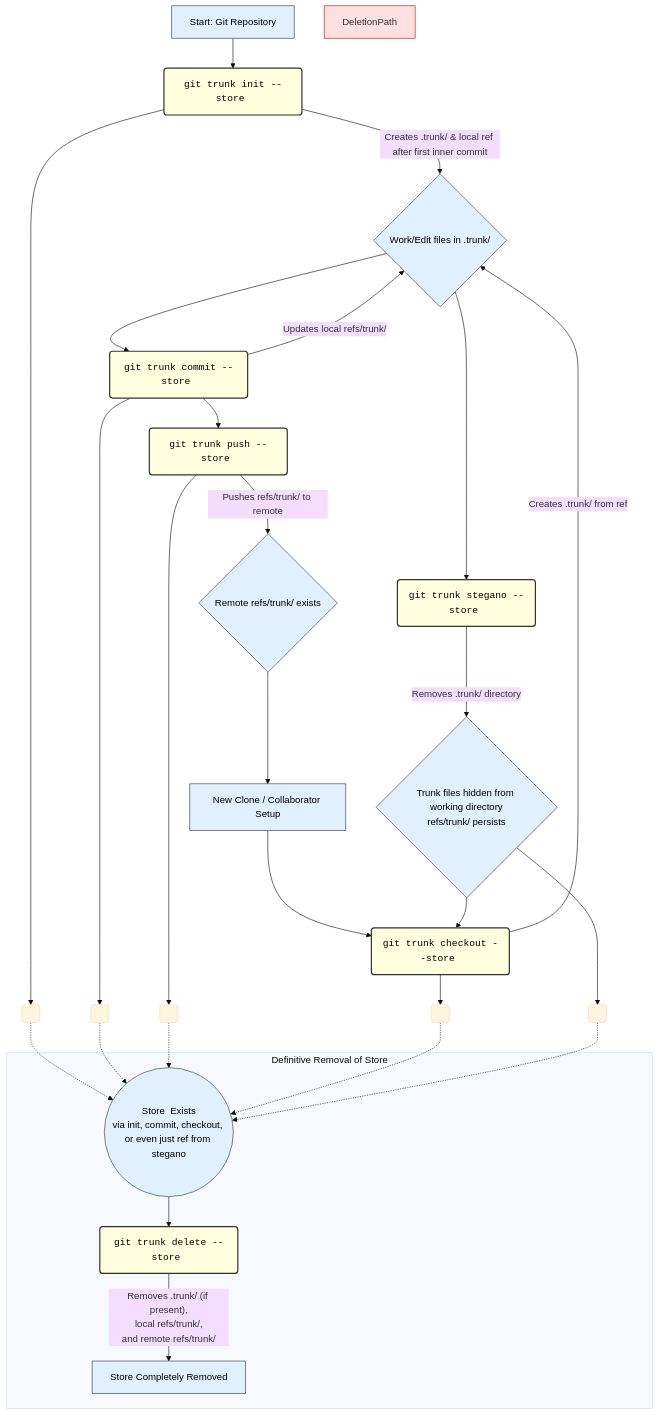
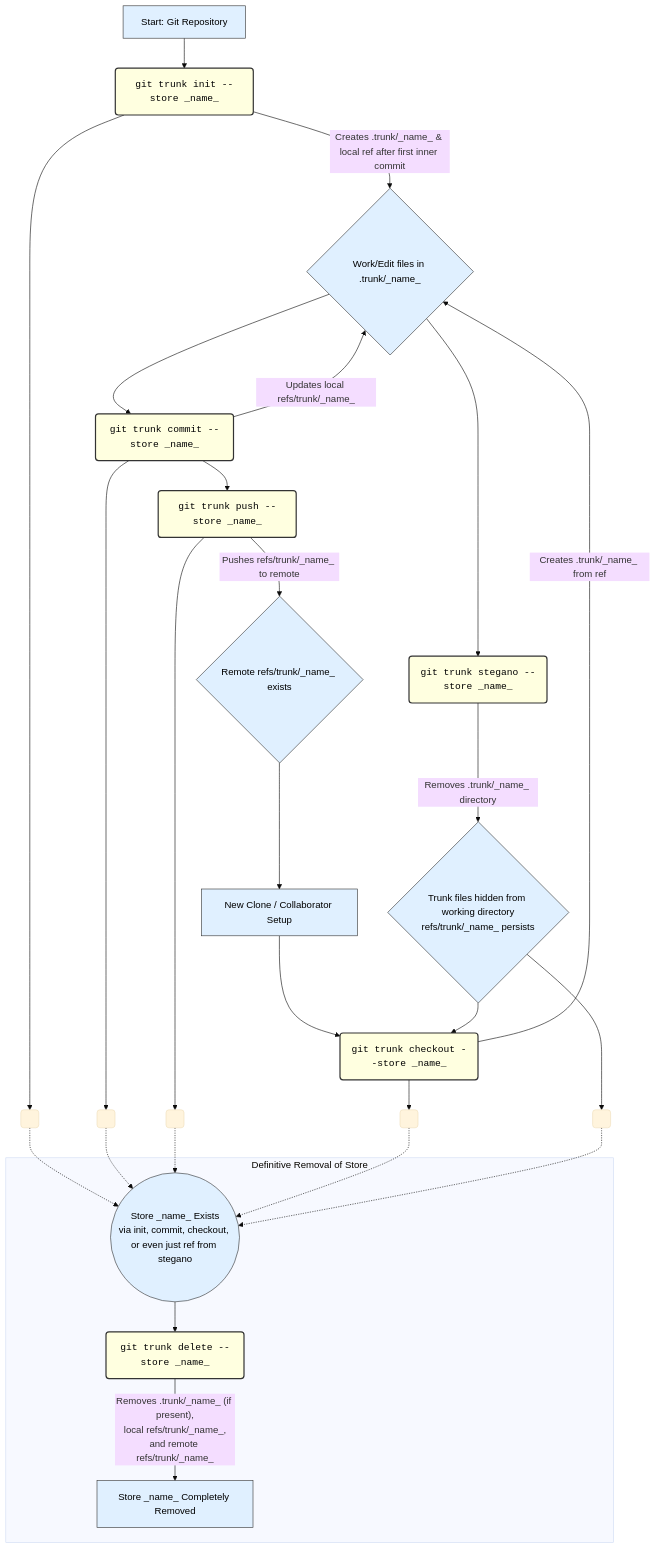
One commit to ssr1ram/git-trunk changed the diagram in README.md. Above: the diagram before and after it, drawn with Mermaid (base theme).

Commit message:
added _name_ to mermaid

````diff
--- a/README.md
+++ b/README.md
@@ -23,36 +23,35 @@
 ```mermaid
 graph TD
-    A[Start: Git Repository] --> B(<code>git trunk init --store <name></code>);
-    B -- Creates .trunk/<name> & local ref after first inner commit --> C{Work/Edit files in .trunk/<name>};
-    C --> D(<code>git trunk commit --store <name></code>);
-    D -- Updates local refs/trunk/<name> --> C;
-    D --> E(<code>git trunk push --store <name></code>);
-    E -- Pushes refs/trunk/<name> to remote --> F{Remote refs/trunk/<name> exists};
+    A[Start: Git Repository] --> B(<code>git trunk init --store _name_</code>);
+    B -- Creates .trunk/_name_ & local ref after first inner commit --> C{Work/Edit files in .trunk/_name_};
+    C --> D(<code>git trunk commit --store _name_</code>);
+    D -- Updates local refs/trunk/_name_ --> C;
+    D --> E(<code>git trunk push --store _name_</code>);
+    E -- Pushes refs/trunk/_name_ to remote --> F{Remote refs/trunk/_name_ exists};
 
     F --> G[New Clone / Collaborator Setup];
-    G --> H(<code>git trunk checkout --store <name></code>);
-    H -- Creates .trunk/<name> from ref --> C;
+    G --> H(<code>git trunk checkout --store _name_</code>);
+    H -- Creates .trunk/_name_ from ref --> C;
 
-    C --> I(<code>git trunk stegano --store <name></code>);
-    I -- Removes .trunk/<name> directory --> J{Trunk files hidden from working directory<br/>refs/trunk/<name> persists};
+    C --> I(<code>git trunk stegano --store _name_</code>);
+    I -- Removes .trunk/_name_ directory --> J{Trunk files hidden from working directory<br/>refs/trunk/_name_ persists};
     J --> H
 
     subgraph "Definitive Removal of Store"
-        style DeletionPath fill:#ffe0e0,stroke:#c00
-        K((Store <name> Exists<br/>via init, commit, checkout, or even just ref from stegano)) --> L(<code>git trunk delete --store <name></code>);
-        L -- Removes .trunk/<name> (if present),<br/>local refs/trunk/<name>,<br/>and remote refs/trunk/<name> --> M[Store <name> Completely Removed];
+        K((Store _name_ Exists<br/>via init, commit, checkout, or even just ref from stegano)) --> L(<code>git trunk delete --store _name_</code>);
+        L -- Removes .trunk/_name_ (if present),<br/>local refs/trunk/_name_,<br/>and remote refs/trunk/_name_ --> M[Store _name_ Completely Removed];
     end
     
     %% Connections to Deletion Trigger State
     B --> K_from_B( ); K_from_B -.-> K;
     D --> K_from_D( ); K_from_D -.-> K; 
     E --> K_from_E( ); K_from_E -.-> K; 
     H --> K_from_H( ); K_from_H -.-> K; 
     J --> K_from_J( ); K_from_J -.-> K; 
 
     %% Styling
     classDef command fill:#ffffe0,stroke:#333,stroke-width:2px,color:#000,font-family:monospace;
     class B,D,E,H,I,L command;
     classDef state fill:#e0f0ff,stroke:#333,stroke-width:1px,color:#000;
     class A,C,F,G,J,K,M state;
 ```
````
